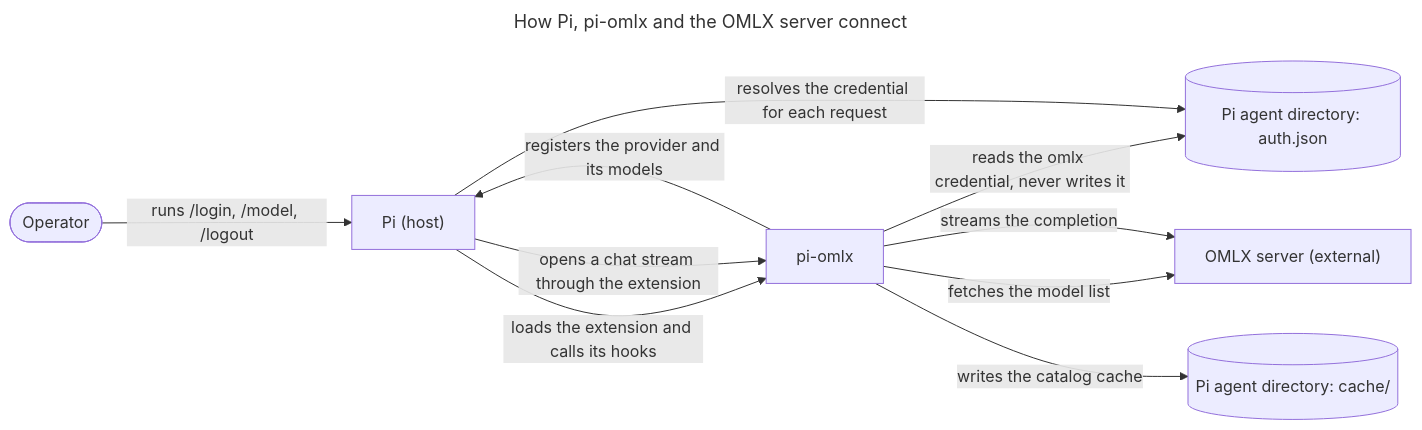
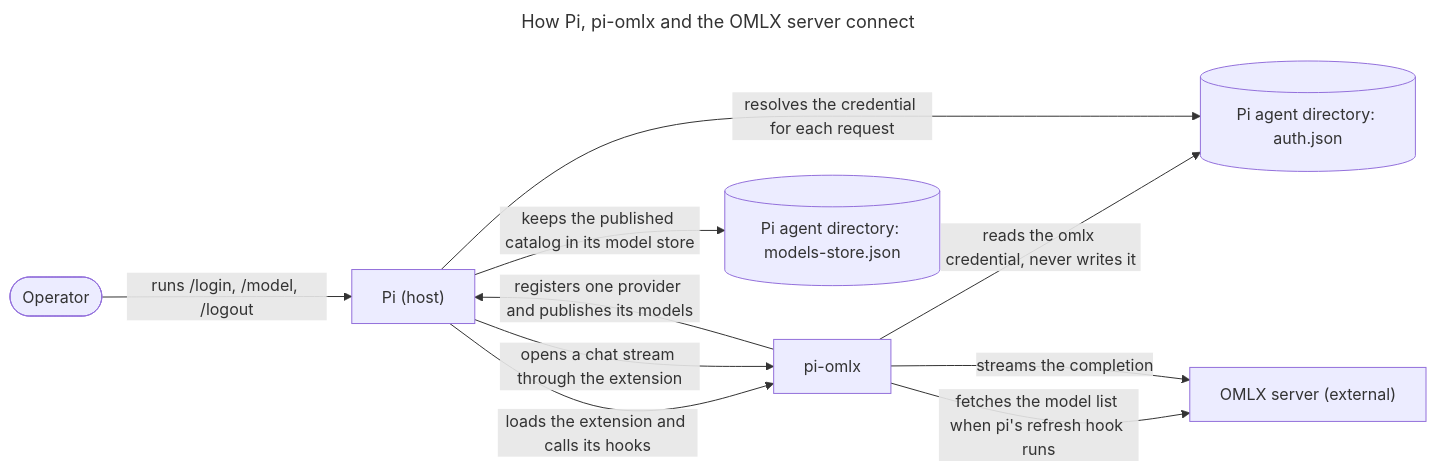
The diagram in docs/architecture/omlx-connections.mermaid (joelleibow/pi-omlx), drawn with Mermaid before and after one commit. The commit also changed 9 other files, not shown here.

```diff
--- a/docs/architecture/omlx-connections.mermaid
+++ b/docs/architecture/omlx-connections.mermaid
@@ -1,13 +1,13 @@
 ---
 title: How Pi, pi-omlx and the OMLX server connect
 ---
 flowchart LR
     operator([Operator]) -->|runs /login, /model, /logout| pi["Pi (host)"]
     pi -->|loads the extension and calls its hooks| ext["pi-omlx"]
     ext -->|reads the omlx credential, never writes it| auth[("Pi agent directory: auth.json")]
     pi -->|resolves the credential for each request| auth
-    ext -->|registers the provider and its models| pi
-    ext -->|fetches the model list| omlx["OMLX server (external)"]
-    ext -->|writes the catalog cache| cache[("Pi agent directory: cache/")]
+    ext -->|registers one provider and publishes its models| pi
+    pi -->|keeps the published catalog in its model store| store[("Pi agent directory: models-store.json")]
+    ext -->|fetches the model list when pi's refresh hook runs| omlx["OMLX server (external)"]
     pi -->|opens a chat stream through the extension| ext
     ext -->|streams the completion| omlx
```
